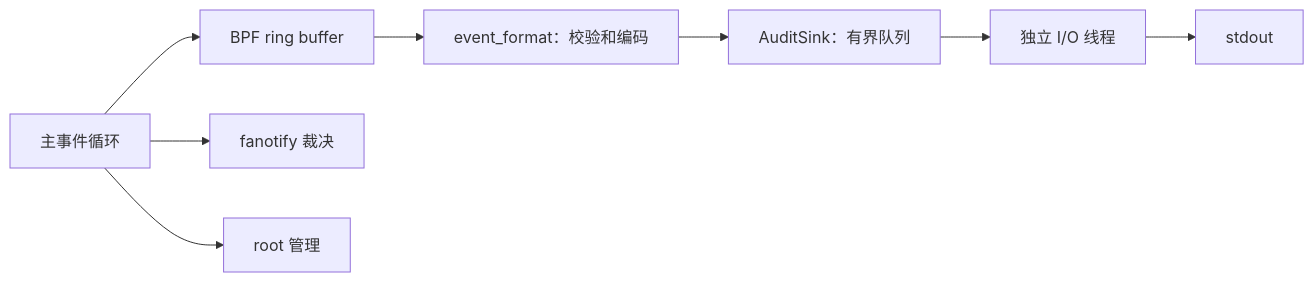
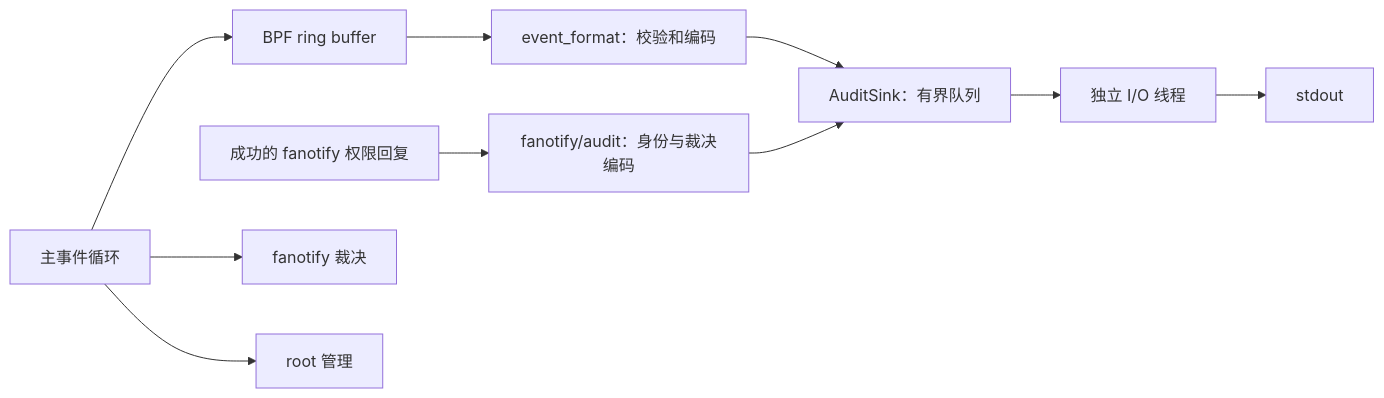
One commit to once512/SysMon-eBPF changed the diagram in docs/AUDIT_OUTPUT.md. Above: the diagram before and after it, drawn with Mermaid. The commit also changed other lines of this file and 38 other files, not shown here.

Commit message:
feat: audit fanotify permission replies through the shared output queue

````diff
--- a/docs/AUDIT_OUTPUT.md
+++ b/docs/AUDIT_OUTPUT.md
@@ -5,10 +5,12 @@
 ```mermaid
 flowchart LR
     Ring[BPF ring buffer] --> Format[event_format：校验和编码]
     Format --> Queue[AuditSink：有界队列]
+    FanReply[成功的 fanotify 权限回复] --> Permission[fanotify/audit：身份与裁决编码]
+    Permission --> Queue
     Queue --> IO[独立 I/O 线程]
     IO --> Out[stdout]
     Loop[主事件循环] --> Ring
     Loop --> Fan[fanotify 裁决]
     Loop --> Admin[root 管理]
 ```
````
